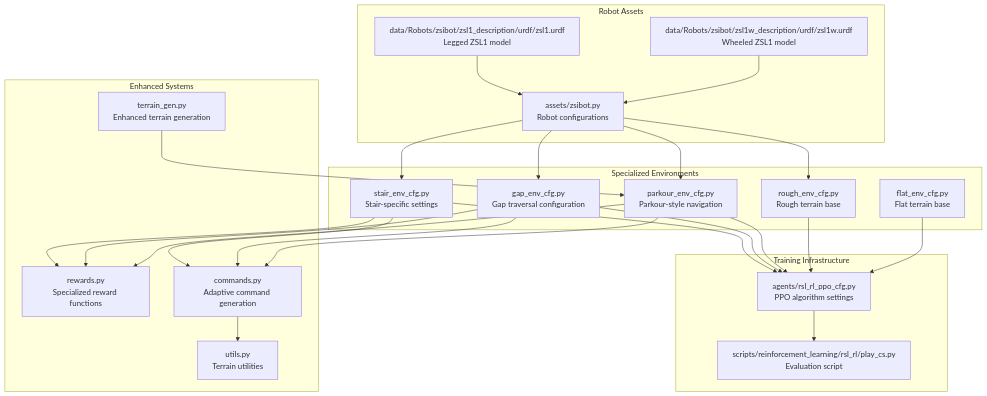
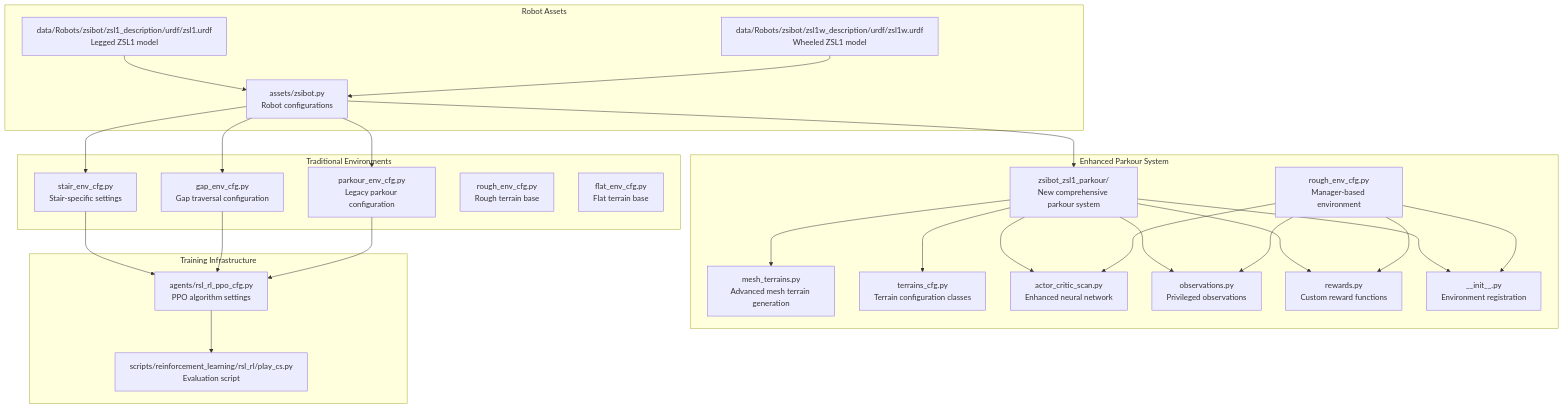
Before and after one commit to jayjayhust/robot_lab: the first of 17 diagrams in .qoder/repowiki/en/content/ZSIBOT ZSL1 Stair Climbing Configuration.md, drawn with Mermaid. The commit also changed other lines of this file and 9 other files, not shown here.

````diff
--- a/.qoder/repowiki/en/content/ZSIBOT ZSL1 Stair Climbing Configuration.md
+++ b/.qoder/repowiki/en/content/ZSIBOT ZSL1 Stair Climbing Configuration.md
@@ -56,45 +64,49 @@
 ```mermaid
 graph TB
 subgraph "Robot Assets"
 ZSIBOT_PY["assets/zsibot.py<br/>Robot configurations"]
 ZSL1_URDF["data/Robots/zsibot/zsl1_description/urdf/zsl1.urdf<br/>Legged ZSL1 model"]
 ZSL1W_URDF["data/Robots/zsibot/zsl1w_description/urdf/zsl1w.urdf<br/>Wheeled ZSL1 model"]
 end
-subgraph "Specialized Environments"
+subgraph "Traditional Environments"
 STAIR_CFG["stair_env_cfg.py<br/>Stair-specific settings"]
 GAP_CFG["gap_env_cfg.py<br/>Gap traversal configuration"]
-PARKOUR_CFG["parkour_env_cfg.py<br/>Parkour-style navigation"]
+PARKOUR_OLD["parkour_env_cfg.py<br/>Legacy parkour configuration"]
 ROUGH_CFG["rough_env_cfg.py<br/>Rough terrain base"]
 FLAT_CFG["flat_env_cfg.py<br/>Flat terrain base"]
+end
+subgraph "Enhanced Parkour System"
+PARKOUR_NEW["zsibot_zsl1_parkour/<br/>New comprehensive parkour system"]
+MESH_TERRAINS["mesh_terrains.py<br/>Advanced mesh terrain generation"]
+TERRAINS_CFG["terrains_cfg.py<br/>Terrain configuration classes"]
+ACTOR_CRITIC["actor_critic_scan.py<br/>Enhanced neural network"]
+OBSERVATIONS["observations.py<br/>Privileged observations"]
+REWARDS_NEW["rewards.py<br/>Custom reward functions"]
+ROUGH_ENV["rough_env_cfg.py<br/>Manager-based environment"]
+REGISTRATION["__init__.py<br/>Environment registration"]
 end
 subgraph "Training Infrastructure"
 PPO_CFG["agents/rsl_rl_ppo_cfg.py<br/>PPO algorithm settings"]
 PLAY_CS["scripts/reinforcement_learning/rsl_rl/play_cs.py<br/>Evaluation script"]
 end
-subgraph "Enhanced Systems"
-REWARDS["rewards.py<br/>Specialized reward functions"]
-COMMANDS["commands.py<br/>Adaptive command generation"]
-UTILS["utils.py<br/>Terrain utilities"]
-TERRAIN_GEN["terrain_gen.py<br/>Enhanced terrain generation"]
-end
 ZSIBOT_PY --> STAIR_CFG
 ZSIBOT_PY --> GAP_CFG
-ZSIBOT_PY --> PARKOUR_CFG
-ZSIBOT_PY --> ROUGH_CFG
+ZSIBOT_PY --> PARKOUR_OLD
+ZSIBOT_PY --> PARKOUR_NEW
 ZSL1_URDF --> ZSIBOT_PY
 ZSL1W_URDF --> ZSIBOT_PY
 STAIR_CFG --> PPO_CFG
 GAP_CFG --> PPO_CFG
-PARKOUR_CFG --> PPO_CFG
-ROUGH_CFG --> PPO_CFG
-FLAT_CFG --> PPO_CFG
+PARKOUR_OLD --> PPO_CFG
+PARKOUR_NEW --> ACTOR_CRITIC
+PARKOUR_NEW --> MESH_TERRAINS
+PARKOUR_NEW --> TERRAINS_CFG
+PARKOUR_NEW --> OBSERVATIONS
+PARKOUR_NEW --> REWARDS_NEW
+PARKOUR_NEW --> REGISTRATION
+ROUGH_ENV --> ACTOR_CRITIC
+ROUGH_ENV --> OBSERVATIONS
+ROUGH_ENV --> REWARDS_NEW
+ROUGH_ENV --> REGISTRATION
 PPO_CFG --> PLAY_CS
-STAIR_CFG --> REWARDS
-GAP_CFG --> REWARDS
-PARKOUR_CFG --> REWARDS
-STAIR_CFG --> COMMANDS
-GAP_CFG --> COMMANDS
-PARKOUR_CFG --> COMMANDS
-COMMANDS --> UTILS
-TERRAIN_GEN --> PARKOUR_CFG
 ```
````
